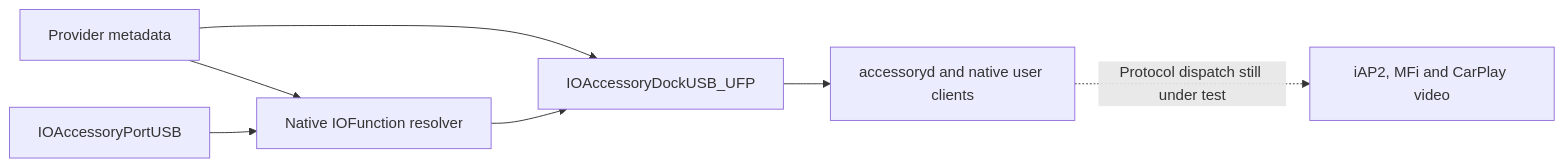
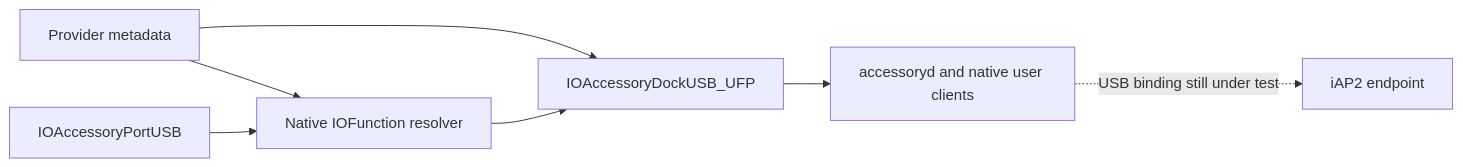
Before and after one commit to luka-dev/mib2q-carplay-rgi: the second of 2 diagrams in docs/wireless-carplay/VPHONE_LAB.md, drawn with Mermaid. The commit also changed other lines of this file and 15 other files, not shown here.

Commit message:
Verify native vphone iAP2 and MFi through bounded CoreAccessories peers

````diff
--- a/docs/wireless-carplay/VPHONE_LAB.md
+++ b/docs/wireless-carplay/VPHONE_LAB.md
@@ -207,12 +210,12 @@
 ```mermaid
 flowchart LR
     accTitle: Native accessory platform relationship
-    accDescr: Runtime provider metadata lets Apple's resolver build an IOFunction and locate the native manager. Accessoryd opens the USB port, but protocol selection and native iAP2 authentication remain unverified.
+    accDescr: Runtime provider metadata lets Apple's resolver locate the native manager. Accessoryd opens the USB port; forwarding its bytes to an iAP2 endpoint remains unresolved. Separate API tests verify native iAP2 authentication.
 
     metadata["Provider metadata"] --> manager["IOAccessoryDockUSB_UFP"]
     metadata --> function["Native IOFunction resolver"]
     usb_port["IOAccessoryPortUSB"] --> function
     function --> manager
     manager --> daemon["accessoryd and native user clients"]
-    daemon -.->|"Protocol dispatch still under test"| iap["iAP2, MFi and CarPlay video"]
+    daemon -.->|"USB binding still under test"| iap["iAP2 endpoint"]
 ```
````
